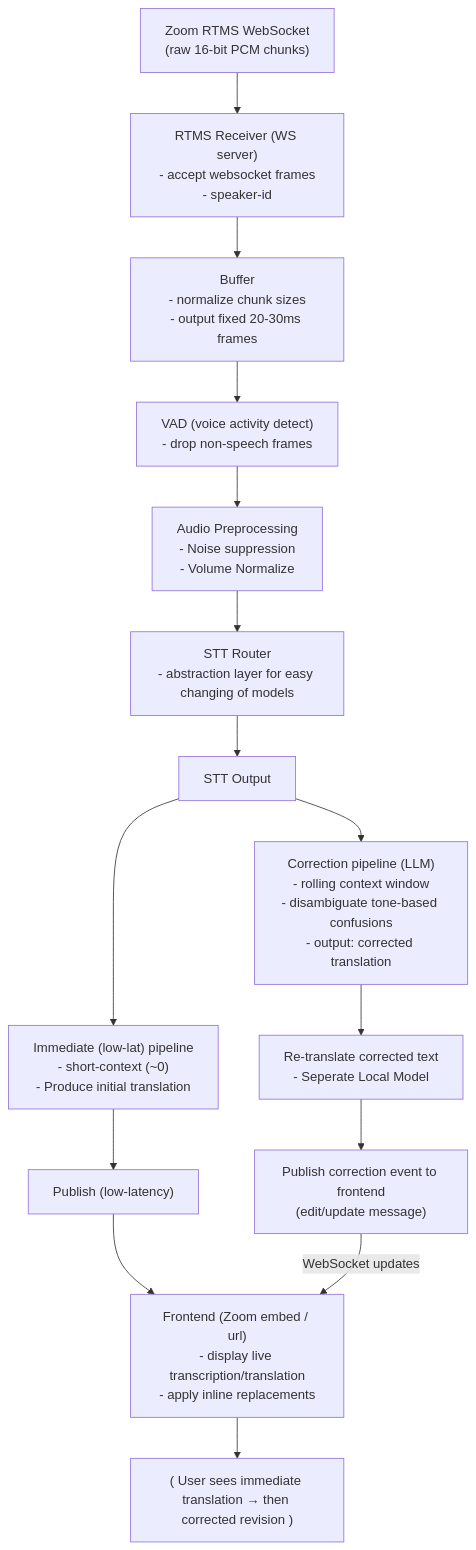
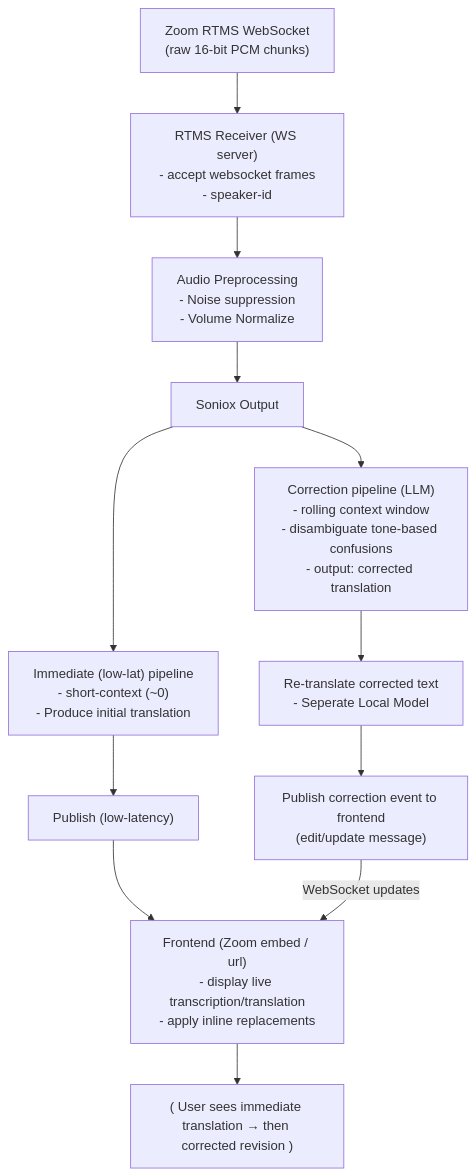
The diagram in README.md (jcarpenter-uam/calc-translation), drawn with Mermaid before and after one commit.

Commit message:
Update flowchart in README for audio processing

````diff
--- a/README.md
+++ b/README.md
@@ -9,21 +9,18 @@
 ```mermaid
 graph TD
     A["Zoom RTMS WebSocket<br>(raw 16-bit PCM chunks)"] --> B["RTMS Receiver (WS server)<br>- accept websocket frames<br>- speaker-id"];
-    B --> C["Buffer<br>- normalize chunk sizes<br>- output fixed 20-30ms frames"];
-    C --> D["VAD (voice activity detect)<br>- drop non-speech frames"];
-    D --> E["Audio Preprocessing<br>- Noise suppression<br>- Volume Normalize"];
-    E --> G["STT Router<br>- abstraction layer for easy changing of models"];
-    G --> H["STT Output"];
+    B --> C["Audio Preprocessing<br>- Noise suppression<br>- Volume Normalize"];
+    C --> D["Soniox Output"];
 
-    H --> I["Immediate (low-lat) pipeline<br>- short-context (~0)<br>- Produce initial translation"];
-    H --> J["Correction pipeline (LLM)<br>- rolling context window<br>- disambiguate tone-based confusions<br>- output: corrected translation"];
+    D --> I["Immediate (low-lat) pipeline<br>- short-context (~0)<br>- Produce initial translation"];
+    D --> J["Correction pipeline (LLM)<br>- rolling context window<br>- disambiguate tone-based confusions<br>- output: corrected translation"];
 
     I --> K["Publish (low-latency)"];
     J --> L["Re-translate corrected text<br>- Seperate Local Model"];
     L --> M["Publish correction event to frontend<br>(edit/update message)"];
 
     K --> N["Frontend (Zoom embed / url)<br>- display live transcription/translation<br>- apply inline replacements"];
     M -- "WebSocket updates" --> N;
 
     N --> O["( User sees immediate translation → then corrected revision )"];
 ```
````
